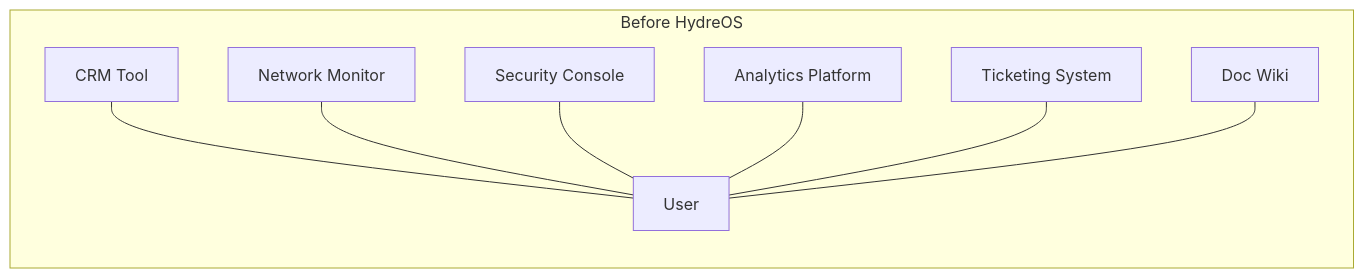
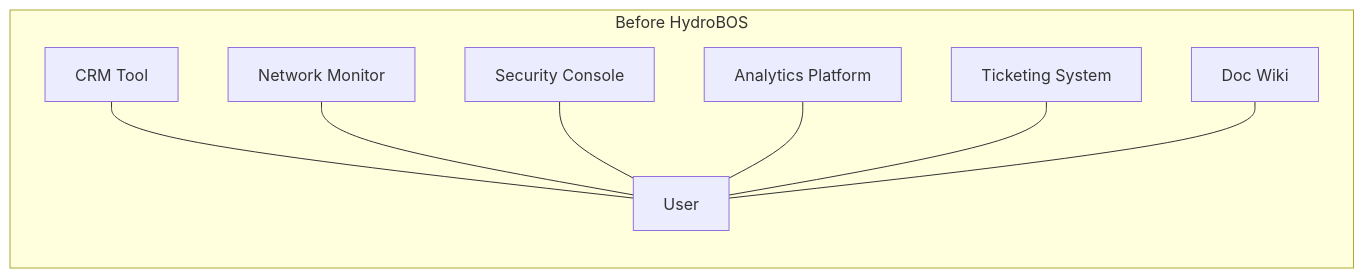
Before and after one commit to jrobinson-utahmmc/hydrobos: the first of 6 diagrams in docs/01-vision-and-objectives.md, drawn with Mermaid. The commit also changed other lines of this file and 11 other files, not shown here.

````diff
--- a/docs/01-vision-and-objectives.md
+++ b/docs/01-vision-and-objectives.md
@@ -56,11 +56,11 @@
 ```mermaid
 graph LR
-    subgraph "Before HydreOS"
+    subgraph "Before HydroBOS"
         A[CRM Tool] --- X[User]
         B[Network Monitor] --- X
         C[Security Console] --- X
         D[Analytics Platform] --- X
         E[Ticketing System] --- X
         F[Doc Wiki] --- X
     end
 ```
````
